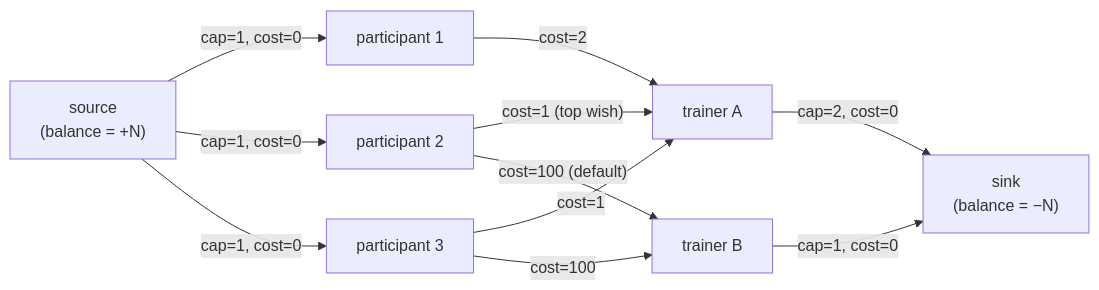
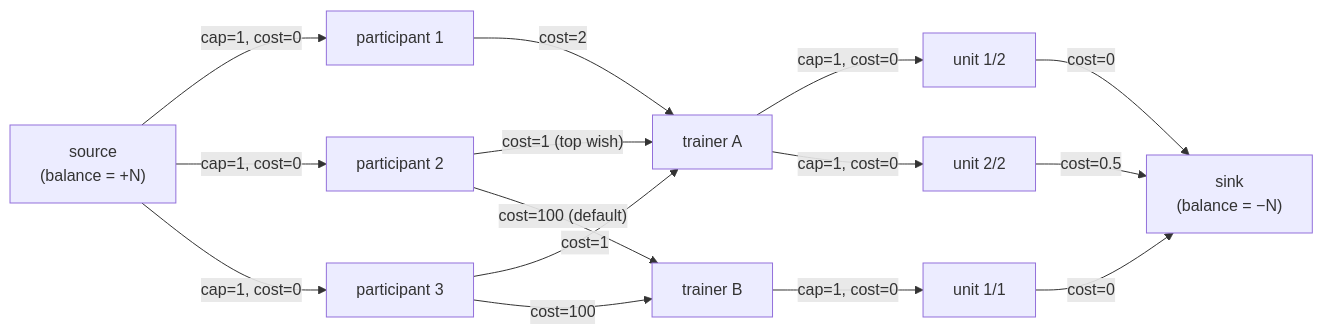
Before and after one commit to gloggi/qualix: the diagram in docs/Features/25 Feedback Allocation Algorithm.md, drawn with Mermaid. The commit also changed other lines of this file and 4 other files, not shown here.

````diff
--- a/docs/Features/25 Feedback Allocation Algorithm.md
+++ b/docs/Features/25 Feedback Allocation Algorithm.md
@@ -30,18 +30,23 @@
 ```mermaid
 flowchart LR
     S["source<br/>(balance = +N)"]
     K["sink<br/>(balance = −N)"]
 
     S -->|"cap=1, cost=0"| P1["participant 1"]
     S -->|"cap=1, cost=0"| P2["participant 2"]
     S -->|"cap=1, cost=0"| P3["participant 3"]
 
     P2 -->|"cost=1 (top wish)"| T1["trainer A"]
     P2 -->|"cost=100 (default)"| T2["trainer B"]
     P1 -->|"cost=2"| T1
     P3 -->|"cost=1"| T1
     P3 -->|"cost=100"| T2
 
-    T1 -->|"cap=2, cost=0"| K
-    T2 -->|"cap=1, cost=0"| K
+    T1 -->|"cap=1, cost=0"| U1["unit 1/2"]
+    T1 -->|"cap=1, cost=0"| U2["unit 2/2"]
+    T2 -->|"cap=1, cost=0"| U3["unit 1/1"]
+
+    U1 -->|"cost=0"| K
+    U2 -->|"cost=0.5"| K
+    U3 -->|"cost=0"| K
 ```
````
